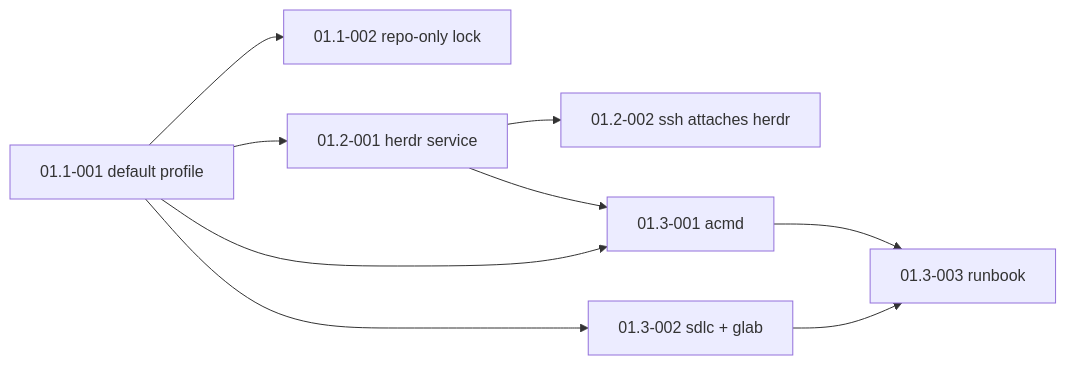
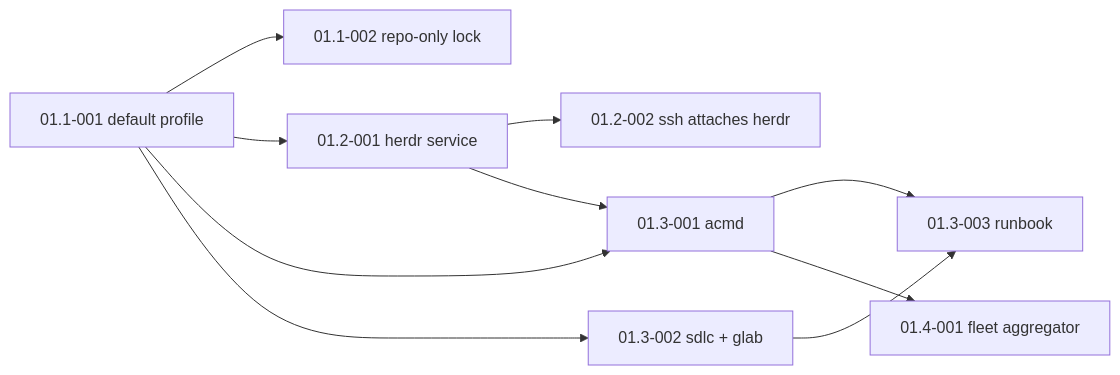
One commit to fxmartin/bootstrap-dev-server changed the diagram in docs/STORIES.md. Above: the diagram before and after it, drawn with Mermaid. The commit also changed other lines of this file and 20 other files, not shown here.

First line of the commit message:
feat(acm): add the fleet aggregator role for acm's Android app (#10)

````diff
--- a/docs/STORIES.md
+++ b/docs/STORIES.md
@@ -28,11 +28,12 @@
 ```mermaid
 graph LR
   S1[01.1-001 default profile] --> S2[01.1-002 repo-only lock]
   S1 --> H1[01.2-001 herdr service]
   H1 --> H2[01.2-002 ssh attaches herdr]
   S1 --> A1[01.3-001 acmd]
   H1 --> A1
   S1 --> D2[01.3-002 sdlc + glab]
   A1 --> R[01.3-003 runbook]
   D2 --> R
+  A1 --> F[01.4-001 fleet aggregator]
 ```
````
